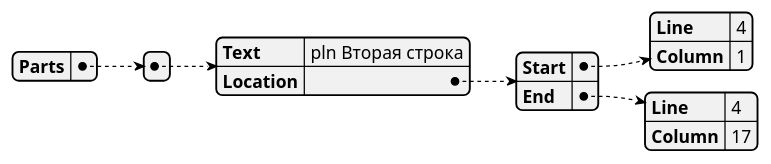
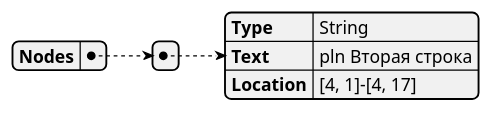
Before and after one commit to realsonic/MURQ: the second of 3 diagrams in Application/MURQ.URQL/docs/URQL parsing.md, drawn with PlantUML. The commit also changed other lines of this file, not shown here.

````diff
--- a/Application/MURQ.URQL/docs/URQL parsing.md
+++ b/Application/MURQ.URQL/docs/URQL parsing.md
@@ -79,5 +121,13 @@
 ```plantuml
 @startjson
-{"Parts":[{"Text":"pln Вторая строка","Location":{"Start":{"Line":4,"Column":1},"End":{"Line":4,"Column":17}}}]}
+{
+  "Nodes": [
+    {
+      "Type": "String",
+      "Text": "pln Вторая строка",
+      "Location": "[4, 1]-[4, 17]"
+    }
+  ]
+}
 @endjson
 ```
````
